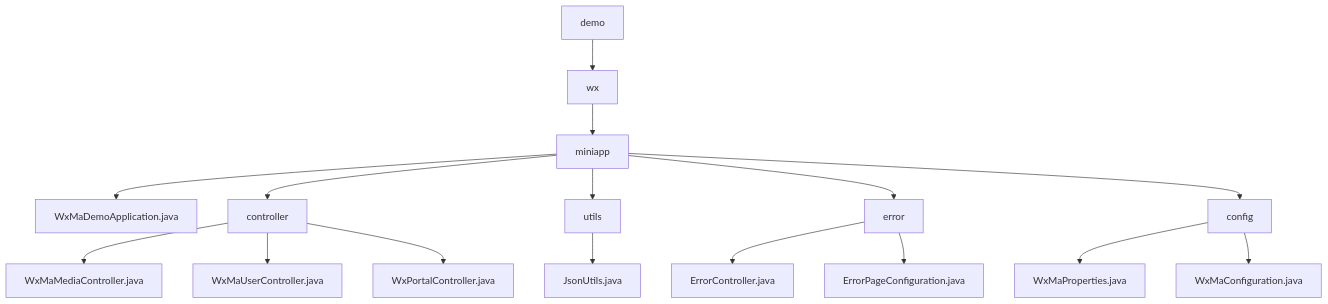
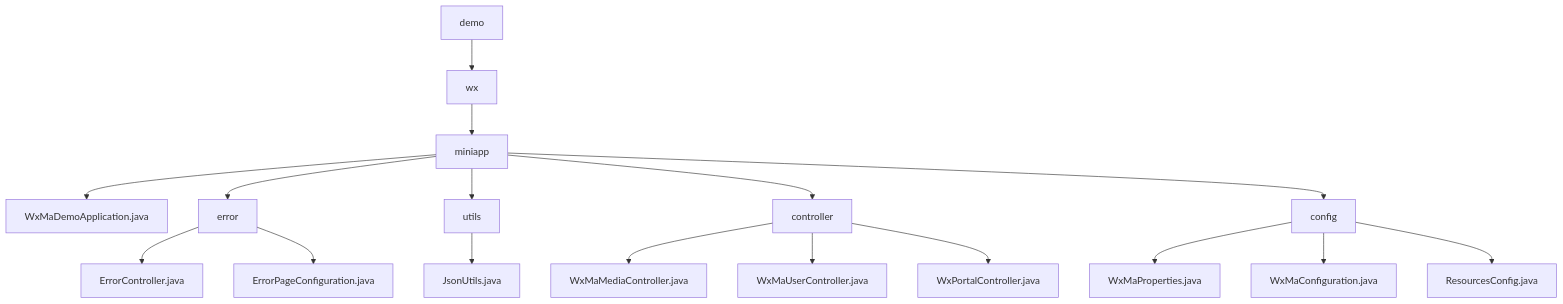
The diagram in docs/en/docs/src/main/java/com/github/binarywang/demo/_module.md (v-wjrong/rongwj666_weixin-java-miniapp-demo), drawn with Mermaid before and after one commit. The commit also changed other lines of this file and 37 other files, not shown here.

````diff
--- a/docs/en/docs/src/main/java/com/github/binarywang/demo/_module.md
+++ b/docs/en/docs/src/main/java/com/github/binarywang/demo/_module.md
@@ -22,18 +22,19 @@
 ```mermaid
 graph TD
     demo --> wx
     wx --> miniapp
     miniapp --> WxMaDemoApplication.java
+    miniapp --> error
+    miniapp --> utils
     miniapp --> controller
-    miniapp --> utils
-    miniapp --> error
     miniapp --> config
+    error --> ErrorController.java
+    error --> ErrorPageConfiguration.java
+    utils --> JsonUtils.java
     controller --> WxMaMediaController.java
     controller --> WxMaUserController.java
     controller --> WxPortalController.java
-    utils --> JsonUtils.java
-    error --> ErrorController.java
-    error --> ErrorPageConfiguration.java
     config --> WxMaProperties.java
     config --> WxMaConfiguration.java
+    config --> ResourcesConfig.java
 ```
````
